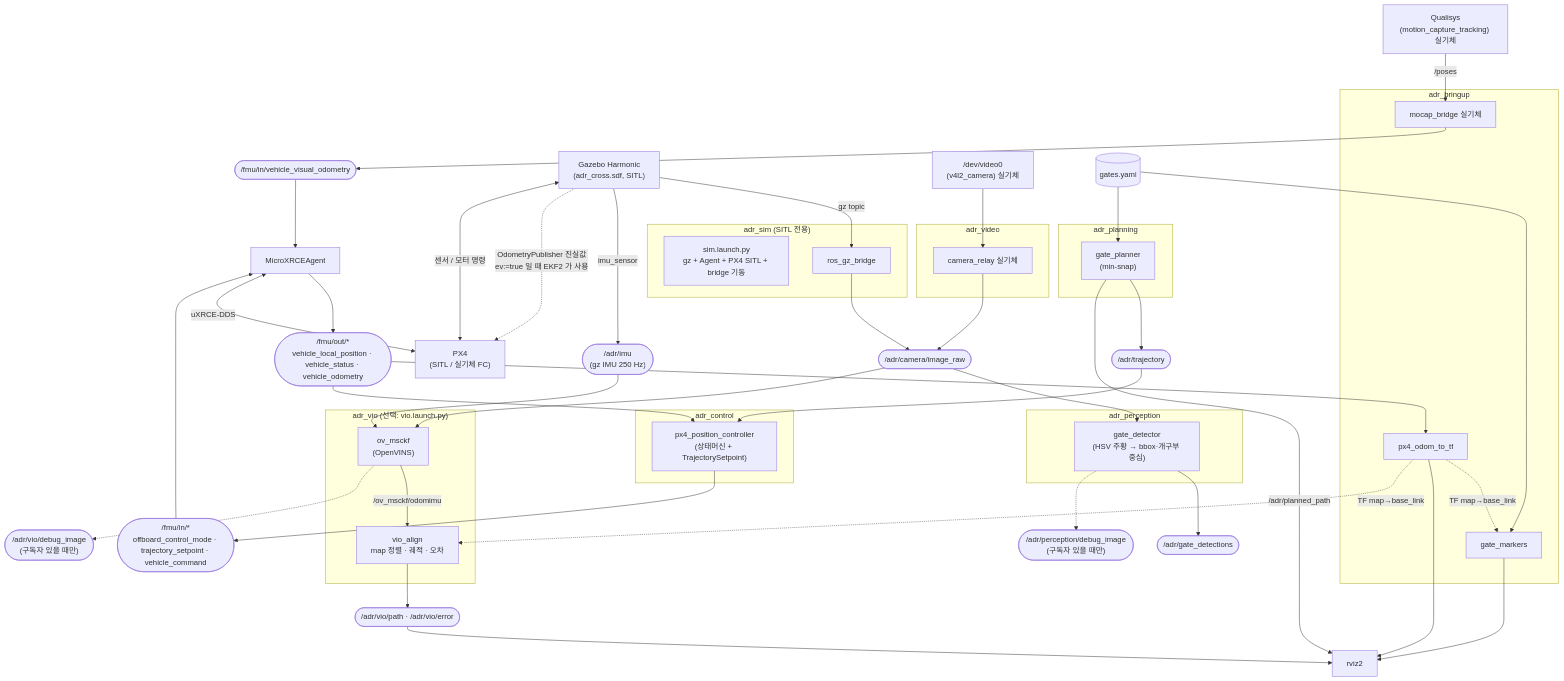
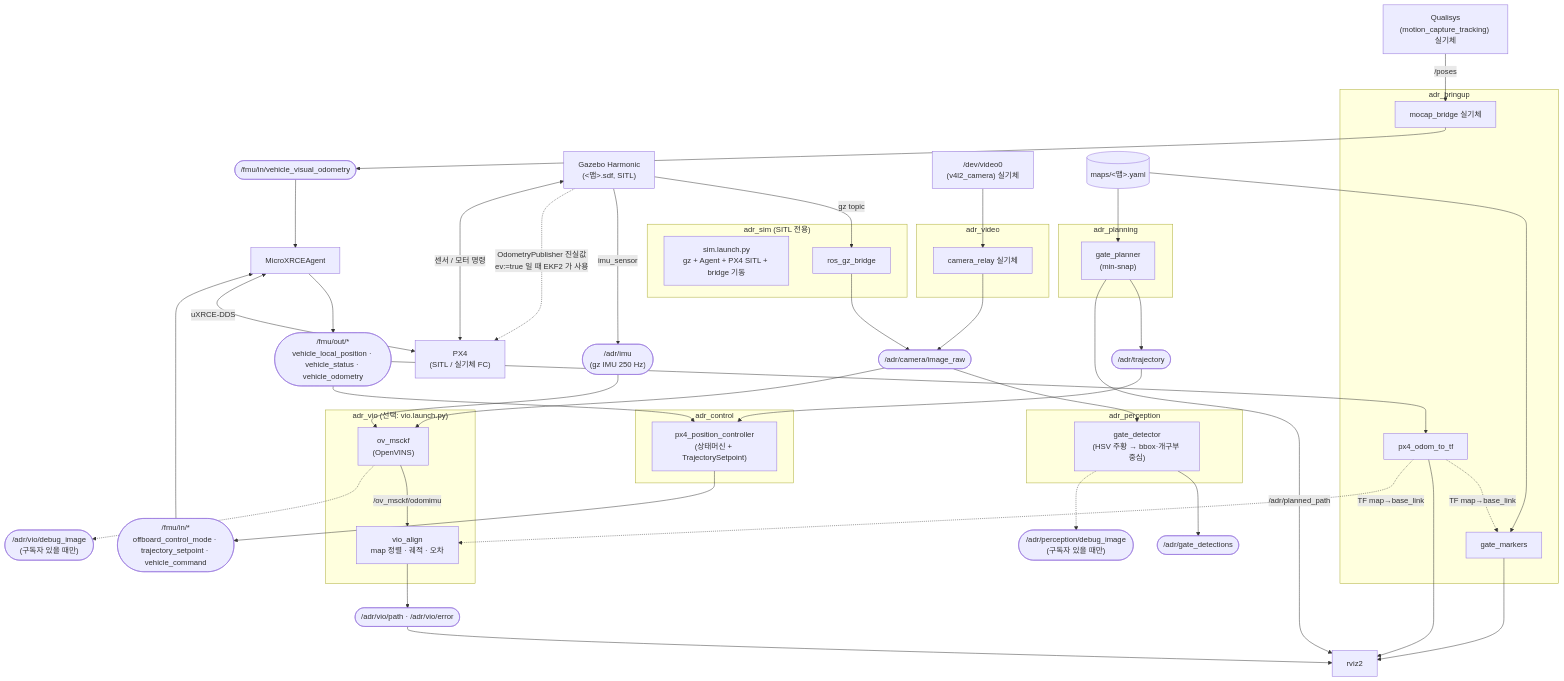
The first of 2 diagrams in docs/step1_architecture.md (sungho2574/autonomous-drone-racing), drawn with Mermaid before and after one commit. The commit also changed other lines of this file and 31 other files, not shown here.

````diff
--- a/docs/step1_architecture.md
+++ b/docs/step1_architecture.md
@@ -37,79 +37,79 @@
 ```mermaid
 graph TD
-    GZ["Gazebo Harmonic<br/>(adr_cross.sdf, SITL)"]
+    GZ["Gazebo Harmonic<br/>(&lt;맵&gt;.sdf, SITL)"]
     MOCAP["Qualisys<br/>(motion_capture_tracking) 실기체"]
     USBCAM["/dev/video0<br/>(v4l2_camera) 실기체"]
 
     subgraph adr_sim ["adr_sim (SITL 전용)"]
         SIMLAUNCH["sim.launch.py<br/>gz + Agent + PX4 SITL + bridge 기동"]
         GZBRIDGE["ros_gz_bridge"]
     end
 
     subgraph adr_video ["adr_video"]
         RELAY["camera_relay 실기체"]
     end
 
     IMAGE(["/adr/camera/image_raw"])
 
     subgraph adr_perception ["adr_perception"]
         DET["gate_detector<br/>(HSV 주황 → bbox·개구부 중심)"]
     end
 
     DETECTED(["/adr/gate_detections"])
     DEBUG(["/adr/perception/debug_image<br/>(구독자 있을 때만)"])
-    GATES_YAML[("gates.yaml")]
+    GATES_YAML[("maps/&lt;맵&gt;.yaml")]
 
     subgraph adr_planning ["adr_planning"]
         PLAN["gate_planner<br/>(min-snap)"]
     end
 
     TRAJ(["/adr/trajectory"])
 
     subgraph adr_control ["adr_control"]
         CTRL["px4_position_controller<br/>(상태머신 + TrajectorySetpoint)"]
     end
 
     subgraph adr_bringup ["adr_bringup"]
         MB["mocap_bridge 실기체"]
         O2TF["px4_odom_to_tf"]
         MARK["gate_markers"]
     end
 
     subgraph adr_vio ["adr_vio (선택: vio.launch.py)"]
         OV["ov_msckf<br/>(OpenVINS)"]
         ALIGN["vio_align<br/>map 정렬 · 궤적 · 오차"]
     end
 
     IMU(["/adr/imu<br/>(gz IMU 250 Hz)"])
     VIO_PATH(["/adr/vio/path · /adr/vio/error"])
     VIO_DEBUG(["/adr/vio/debug_image<br/>(구독자 있을 때만)"])
 
     FMU_IN(["/fmu/in/*<br/>offboard_control_mode · trajectory_setpoint · vehicle_command"])
     FMU_OUT(["/fmu/out/*<br/>vehicle_local_position · vehicle_status · vehicle_odometry"])
     EV(["/fmu/in/vehicle_visual_odometry"])
     AGENT["MicroXRCEAgent"]
     PX4["PX4<br/>(SITL / 실기체 FC)"]
     RVIZ["rviz2"]
 
     GZ -->|gz topic| GZBRIDGE --> IMAGE
     USBCAM --> RELAY --> IMAGE
     IMAGE --> DET --> DETECTED
     DET -.-> DEBUG
     GATES_YAML --> PLAN --> TRAJ --> CTRL
     GATES_YAML --> MARK
     CTRL --> FMU_IN --> AGENT
     AGENT --> FMU_OUT --> CTRL
     FMU_OUT --> O2TF -.->|TF map→base_link| MARK
     O2TF --> RVIZ
     MARK --> RVIZ
     PLAN -->|/adr/planned_path| RVIZ
     GZ -->|imu_sensor| IMU --> OV
     IMAGE --> OV
     OV -->|/ov_msckf/odomimu| ALIGN --> VIO_PATH --> RVIZ
     OV -.-> VIO_DEBUG
     O2TF -.->|TF map→base_link| ALIGN
     MOCAP -->|/poses| MB --> EV --> AGENT
     GZ -.->|"OdometryPublisher 진실값<br/>ev:=true 일 때 EKF2 가 사용"| PX4
     AGENT <-->|uXRCE-DDS| PX4
     PX4 <-->|센서 / 모터 명령| GZ
 ```
````
